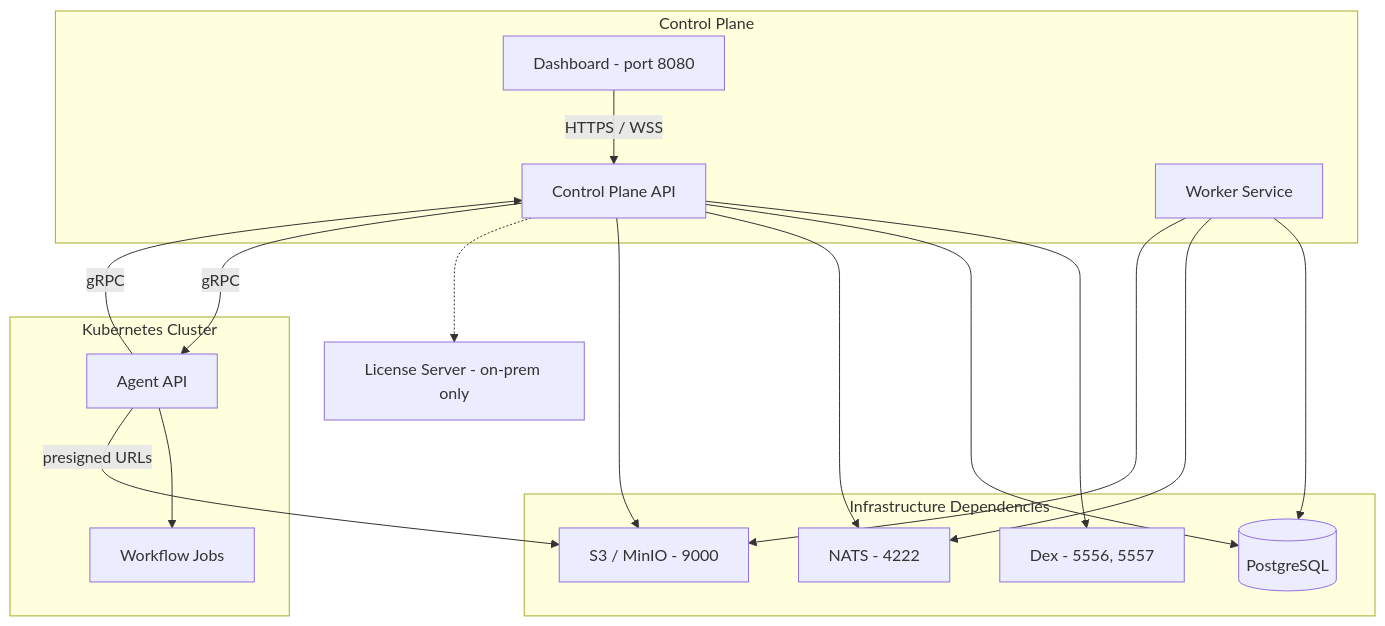
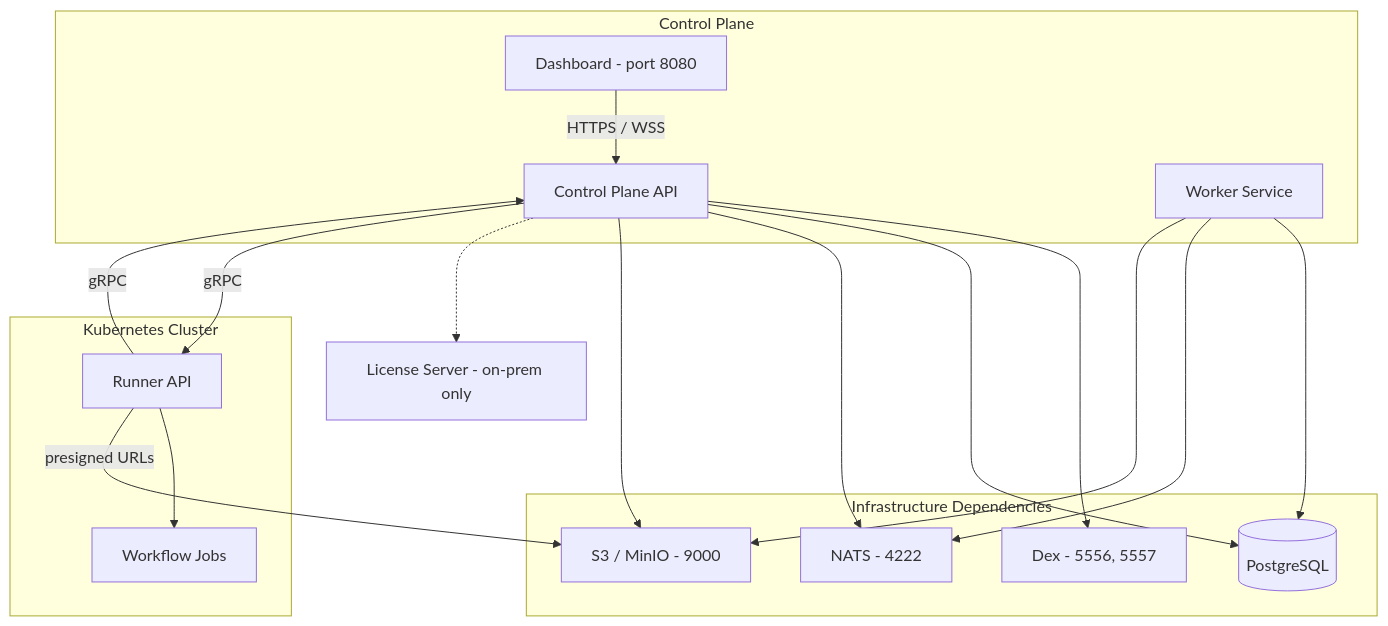
Before and after one commit to kubeshop/testkube-docs: the third of 5 diagrams in docs/articles/architecture.md, drawn with Mermaid. The commit also changed other lines of this file and 91 other files, not shown here.

````diff
--- a/docs/articles/architecture.md
+++ b/docs/articles/architecture.md
@@ -93,36 +93,36 @@
 ```mermaid
 flowchart TB
     subgraph Control Plane
         Dashboard["Dashboard - port 8080"]
         API["Control Plane API"]
         Worker["Worker Service"]
     end
 
     subgraph Infrastructure Dependencies
         Dex["Dex - 5556, 5557"]
         DB[("PostgreSQL")]
         NATS["NATS - 4222"]
         S3["S3 / MinIO - 9000"]
     end
 
     LS["License Server - on-prem only"]
 
     subgraph Kubernetes Cluster
-        AgentAPI["Agent API"]
+        AgentAPI["Runner API"]
         WF["Workflow Jobs"]
     end
 
     Dashboard -- "HTTPS / WSS" --> API
     API --> Dex
     API --> DB
     API --> NATS
     API --> S3
     API -.-> LS
     Worker --> DB
     Worker --> NATS
     Worker --> S3
     API -- "gRPC" --> AgentAPI
     AgentAPI -- "gRPC" --> API
     AgentAPI --> WF
     AgentAPI -- "presigned URLs" --> S3
 ```
````
